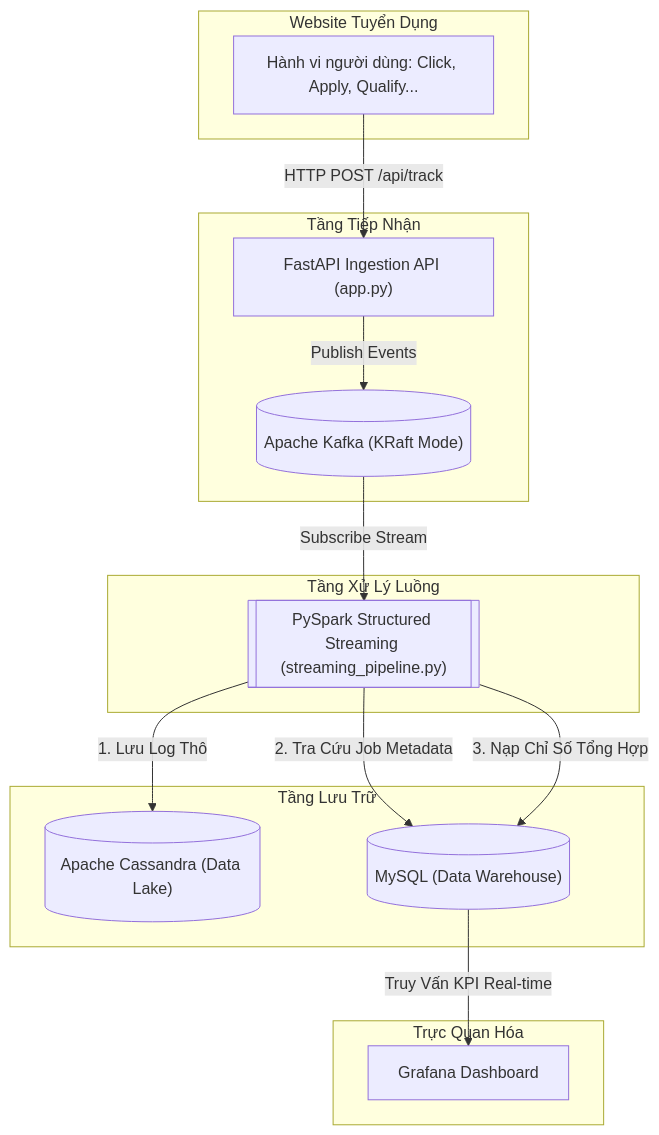
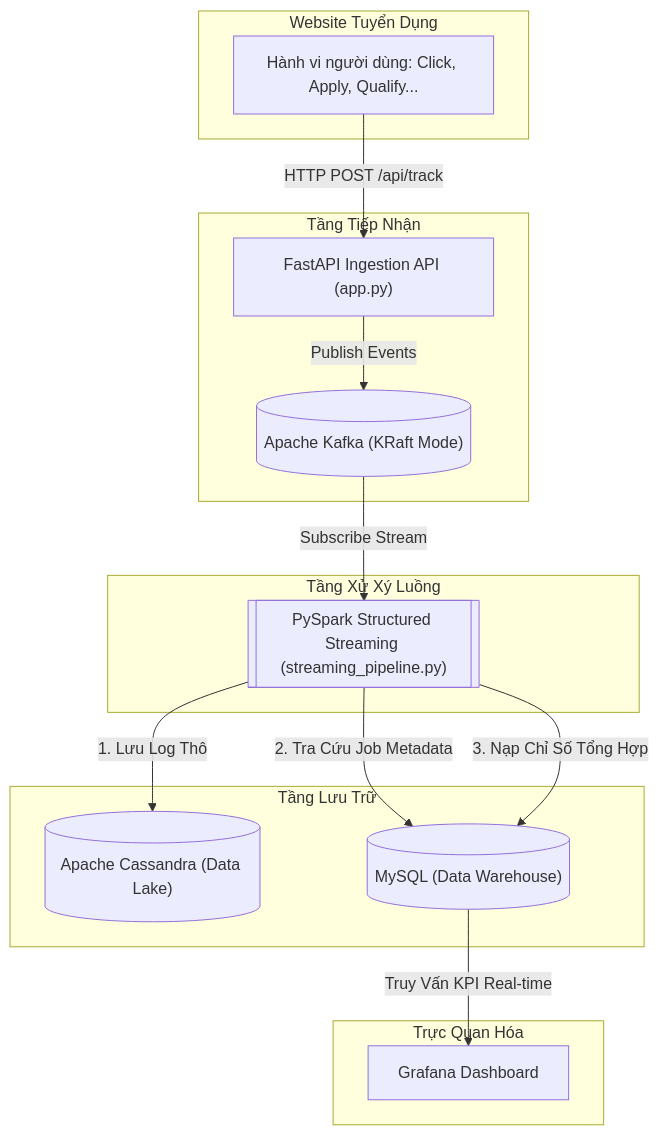
One commit to nguyenmanhtuan2004/recruitment-data-pipeline changed the diagram in README.md. Above: the diagram before and after it, drawn with Mermaid. The commit also changed other lines of this file and 2 other files, not shown here.

````diff
--- a/README.md
+++ b/README.md
@@ -25,31 +42,31 @@
 ```mermaid
 flowchart TD
     subgraph Web_Client [Website Tuyển Dụng]
         UserInteract["Hành vi người dùng: Click, Apply, Qualify..."]
     end
 
     subgraph Ingestion_Layer [Tầng Tiếp Nhận]
         FastAPI["FastAPI Ingestion API (app.py)"]
         KafkaBroker[("Apache Kafka (KRaft Mode)")]
         UserInteract -->|HTTP POST /api/track| FastAPI
         FastAPI -->|Publish Events| KafkaBroker
     end
 
-    subgraph Processing_Layer [Tầng Xử Lý Luồng]
+    subgraph Processing_Layer [Tầng Xử Xý Luồng]
         SparkStreaming[["PySpark Structured Streaming (streaming_pipeline.py)"]]
         KafkaBroker -->|Subscribe Stream| SparkStreaming
     end
 
     subgraph Storage_Layer [Tầng Lưu Trữ]
         Cassandra[("Apache Cassandra (Data Lake)")]
         MySQL[("MySQL (Data Warehouse)")]
         SparkStreaming -->|1. Lưu Log Thô| Cassandra
         SparkStreaming -->|2. Tra Cứu Job Metadata| MySQL
         SparkStreaming -->|3. Nạp Chỉ Số Tổng Hợp| MySQL
     end
 
     subgraph Visualization_Layer [Trực Quan Hóa]
         Grafana["Grafana Dashboard"]
         MySQL -->|Truy Vấn KPI Real-time| Grafana
     end
 ```
````
